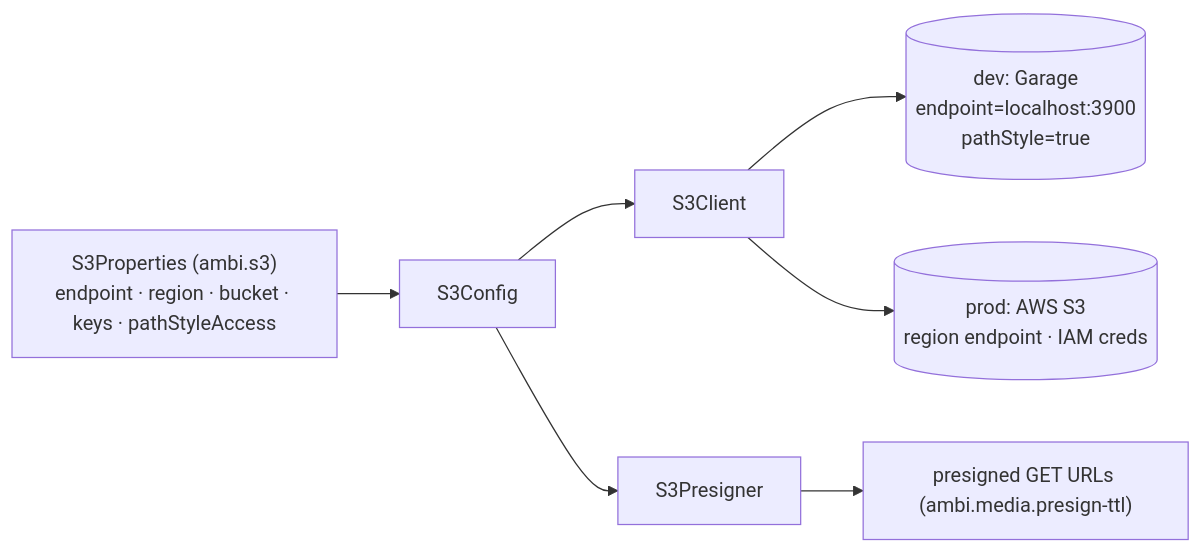
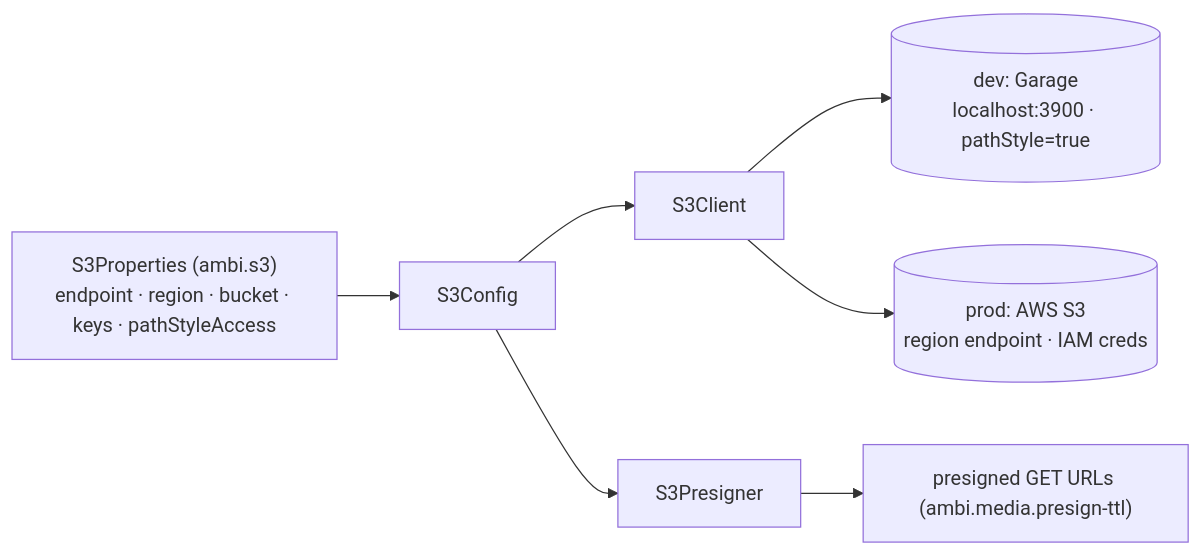
One commit to Saganaut/ambi changed the sixth of 6 diagrams in z-docs/diagrams/media-gallery.md. Above: the diagram before and after it, drawn with Mermaid. The commit also changed other lines of this file and 91 other files, not shown here.

````diff
--- a/z-docs/diagrams/media-gallery.md
+++ b/z-docs/diagrams/media-gallery.md
@@ -228,9 +228,9 @@
 ```mermaid
 flowchart LR
     P["S3Properties (ambi.s3)<br/>endpoint · region · bucket · keys · pathStyleAccess"] --> CFG["S3Config"]
     CFG --> C1["S3Client"]
     CFG --> C2["S3Presigner"]
-    C1 --> DEV[("dev: Garage<br/>endpoint=localhost:3900<br/>pathStyle=true")]
+    C1 --> DEV[("dev: Garage<br/>localhost:3900 · pathStyle=true")]
     C1 --> PROD[("prod: AWS S3<br/>region endpoint · IAM creds")]
     C2 --> URLS["presigned GET URLs (ambi.media.presign-ttl)"]
 ```
````
